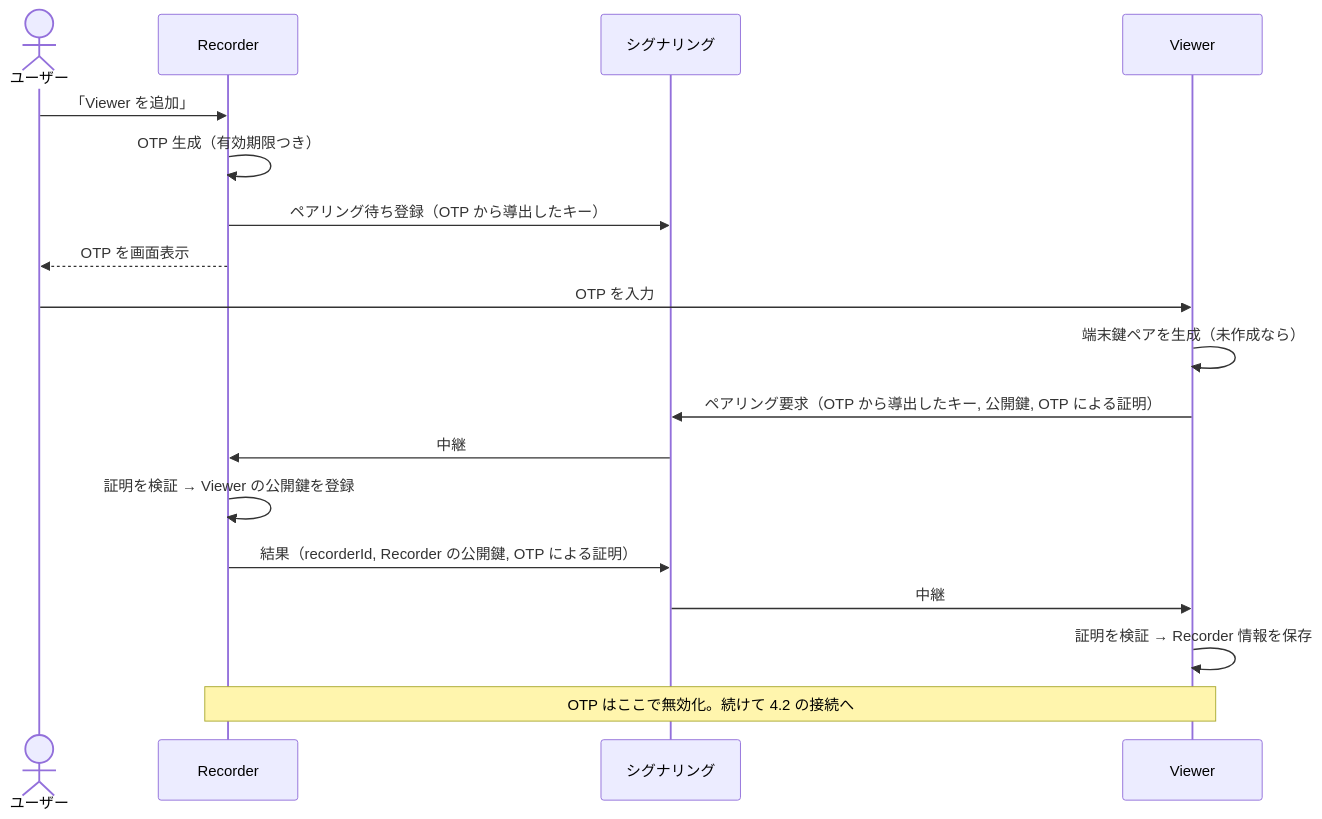
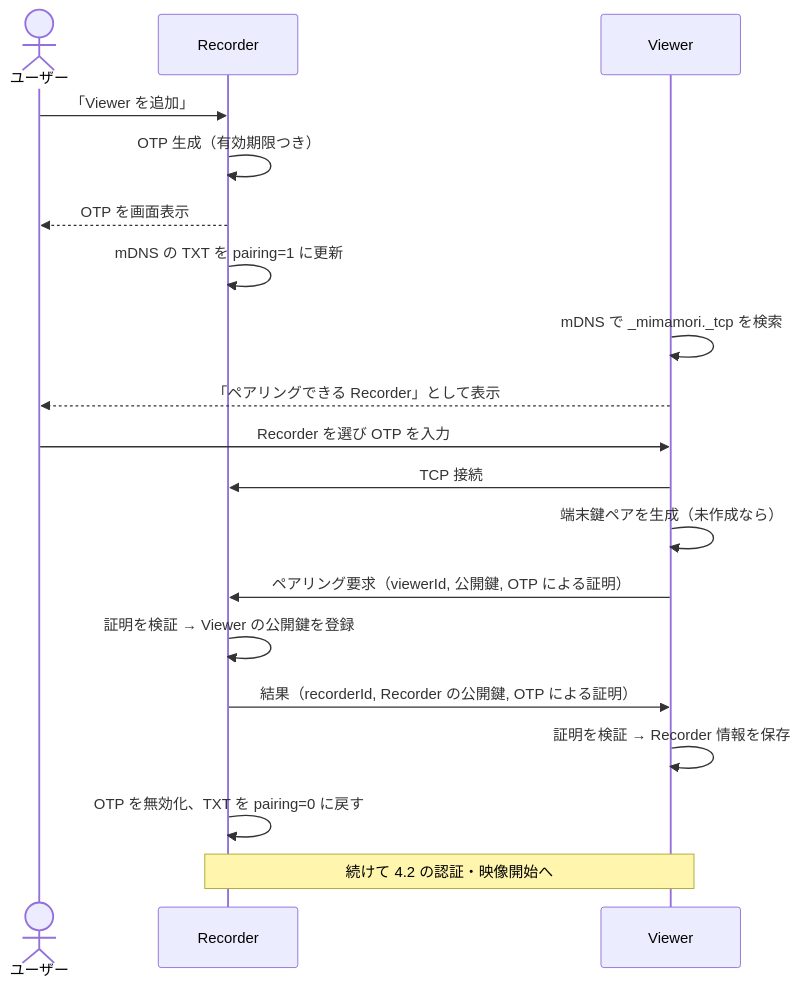
One commit to mtkw0127/Mimamori changed the second of 4 diagrams in docs/architecture.md. Above: the diagram before and after it, drawn with Mermaid. The commit also changed other lines of this file and 28 other files, not shown here.

````diff
--- a/docs/architecture.md
+++ b/docs/architecture.md
@@ -101,21 +130,22 @@
 ```mermaid
 sequenceDiagram
     actor U as ユーザー
     participant R as Recorder
-    participant S as シグナリング
     participant V as Viewer
 
     U->>R: 「Viewer を追加」
     R->>R: OTP 生成（有効期限つき）
-    R->>S: ペアリング待ち登録（OTP から導出したキー）
     R-->>U: OTP を画面表示
-    U->>V: OTP を入力
+    R->>R: mDNS の TXT を pairing=1 に更新
+    V->>V: mDNS で _mimamori._tcp を検索
+    V-->>U: 「ペアリングできる Recorder」として表示
+    U->>V: Recorder を選び OTP を入力
+    V->>R: TCP 接続
     V->>V: 端末鍵ペアを生成（未作成なら）
-    V->>S: ペアリング要求（OTP から導出したキー, 公開鍵, OTP による証明）
-    S->>R: 中継
+    V->>R: ペアリング要求（viewerId, 公開鍵, OTP による証明）
     R->>R: 証明を検証 → Viewer の公開鍵を登録
-    R->>S: 結果（recorderId, Recorder の公開鍵, OTP による証明）
-    S->>V: 中継
+    R->>V: 結果（recorderId, Recorder の公開鍵, OTP による証明）
     V->>V: 証明を検証 → Recorder 情報を保存
-    Note over R,V: OTP はここで無効化。続けて 4.2 の接続へ
+    R->>R: OTP を無効化、TXT を pairing=0 に戻す
+    Note over R,V: 続けて 4.2 の認証・映像開始へ
 ```
````
